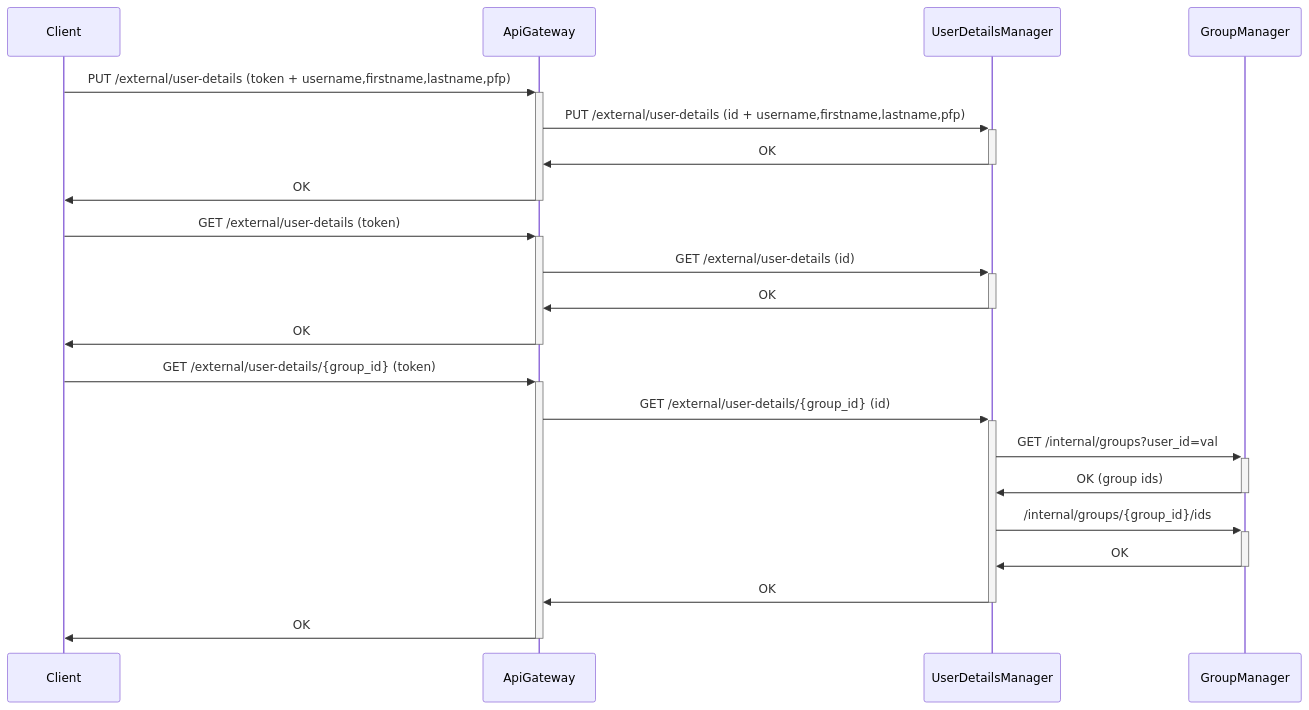
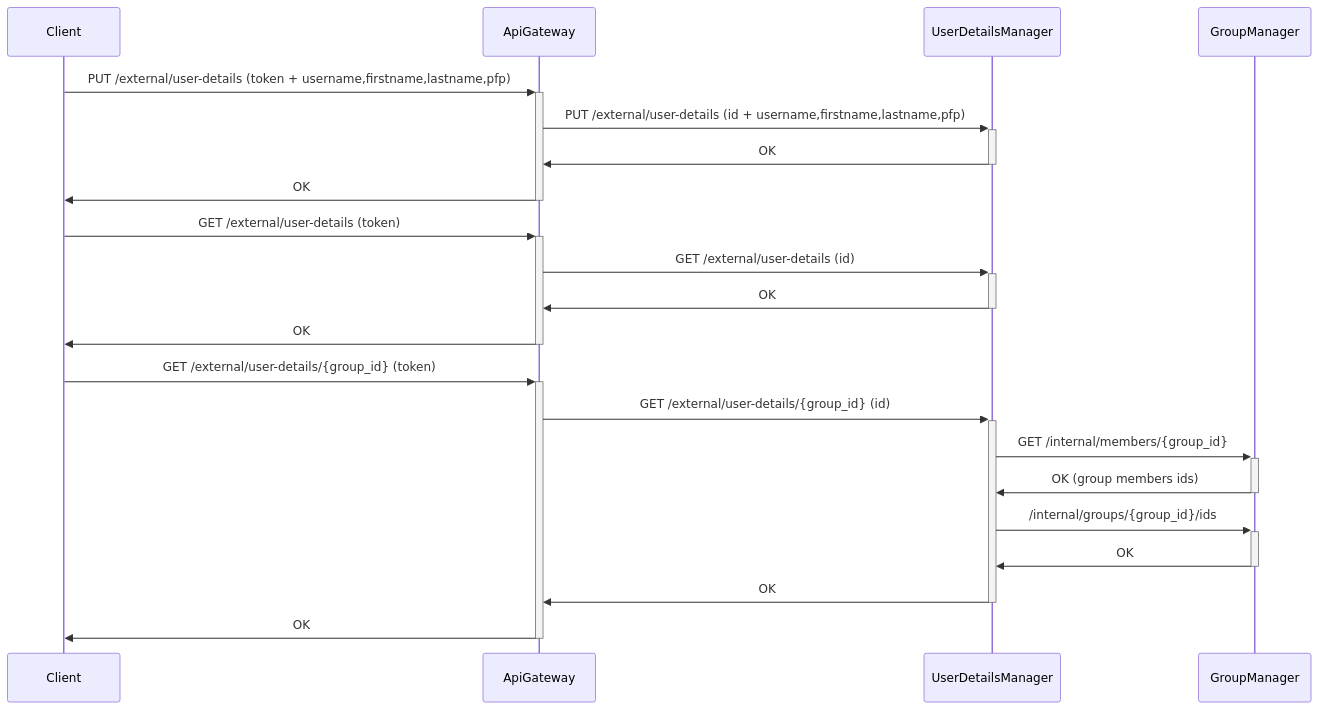
Before and after one commit to Group-Expense-Manager/gem-docs: the third of 10 diagrams in docs/diagrams.md, drawn with Mermaid. The commit also changed other lines of this file and 2 other files, not shown here.

````diff
--- a/docs/diagrams.md
+++ b/docs/diagrams.md
@@ -104,22 +104,22 @@
 ``` mermaid
 sequenceDiagram
 
 Client->>+ApiGateway: PUT /external/user-details (token + username,firstname,lastname,pfp)
 ApiGateway->>+UserDetailsManager: PUT /external/user-details (id + username,firstname,lastname,pfp)
 UserDetailsManager->>-ApiGateway: OK
 ApiGateway->>-Client: OK
 
 Client->>+ApiGateway: GET /external/user-details (token)
 ApiGateway->>+UserDetailsManager: GET /external/user-details (id)
 UserDetailsManager->>-ApiGateway: OK
 ApiGateway->>-Client: OK
 
 Client->>+ApiGateway: GET /external/user-details/{group_id} (token)
 ApiGateway->>+UserDetailsManager: GET /external/user-details/{group_id} (id)
-UserDetailsManager->>+ GroupManager: GET /internal/groups?user_id=val
-GroupManager->>- UserDetailsManager: OK (group ids)
+UserDetailsManager->>+ GroupManager: GET /internal/members/{group_id}
+GroupManager->>- UserDetailsManager: OK (group members ids)
 UserDetailsManager->>+ GroupManager: /internal/groups/{group_id}/ids
 GroupManager->>- UserDetailsManager: OK
 UserDetailsManager->>-ApiGateway: OK
 ApiGateway->>-Client: OK
 ```
````
